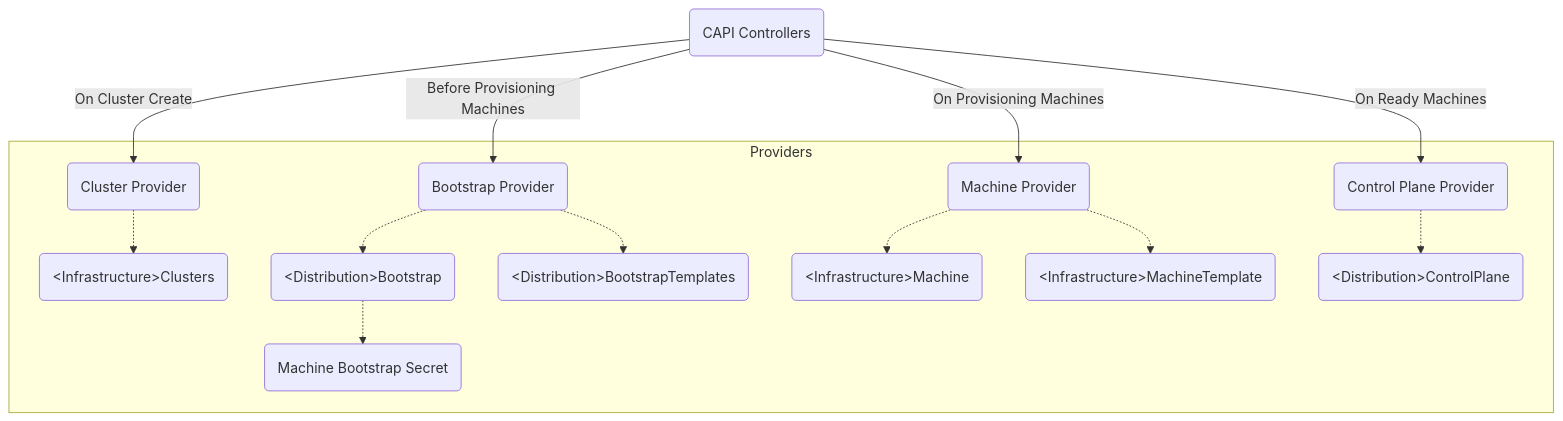
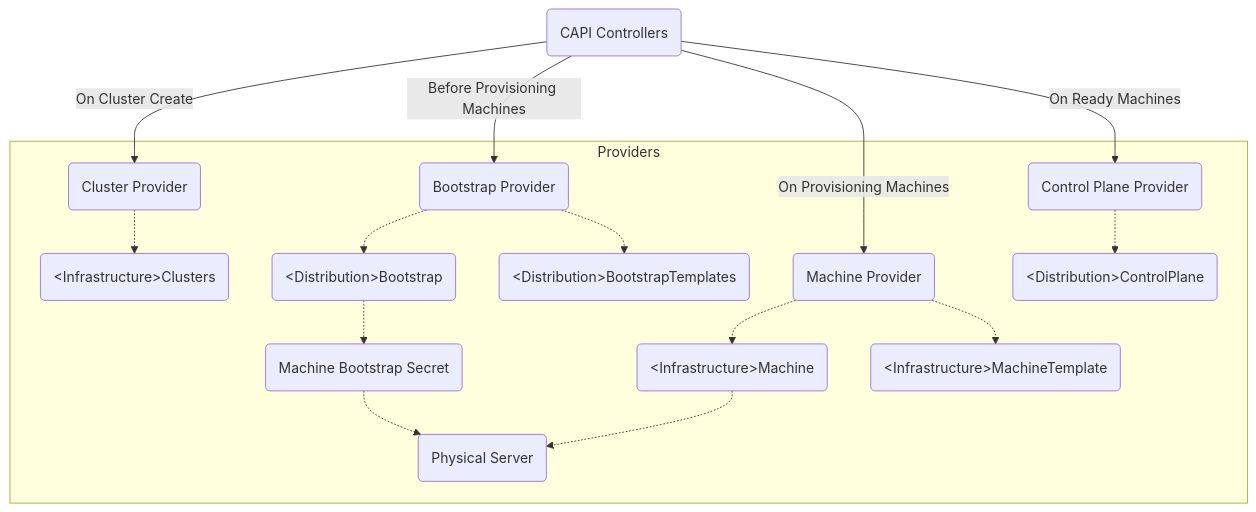
One commit to aiyengar2/k8s-docs changed the second of 2 diagrams in docs/provisioning/00_capi.md. Above: the diagram before and after it, drawn with Mermaid.

````diff
--- a/docs/provisioning/00_capi.md
+++ b/docs/provisioning/00_capi.md
@@ -77,32 +77,35 @@
 ```mermaid
 graph TD
     CAPIControllers("CAPI Controllers")
     subgraph Providers
     ClusterProvider("Cluster Provider")
     BootstrapProvider("Bootstrap Provider")
     MachineProvider("Machine Provider")
     ControlPlaneProvider("Control Plane Provider")
 
     InfrastructureCluster("&ltInfrastructure&gtClusters")
     DistributionBootstrap("&ltDistribution&gtBootstrap")
     DistributionBootstrapTemplate("&ltDistribution&gtBootstrapTemplates")
     InfrastructureMachine("&ltInfrastructure&gtMachine")
     InfrastructureMachineTemplate("&ltInfrastructure&gtMachineTemplate")
     DistributionControlPlane("&ltDistribution&gtControlPlane")
 
+    PhysicalServer("Physical Server")
     MachineBootstrapSecret("Machine Bootstrap Secret")
     end
 
     CAPIControllers--On Cluster Create-->ClusterProvider
     CAPIControllers--Before Provisioning Machines-->BootstrapProvider
     CAPIControllers--On Provisioning Machines-->MachineProvider
     CAPIControllers--On Ready Machines-->ControlPlaneProvider
     
     ClusterProvider-.->InfrastructureCluster
     BootstrapProvider-.->DistributionBootstrap
     BootstrapProvider-.->DistributionBootstrapTemplate
     DistributionBootstrap-.->MachineBootstrapSecret
+    MachineBootstrapSecret-.->PhysicalServer
     MachineProvider-.->InfrastructureMachine
+    InfrastructureMachine-.->PhysicalServer
     MachineProvider-.->InfrastructureMachineTemplate
     ControlPlaneProvider-.->DistributionControlPlane
 ```
````
